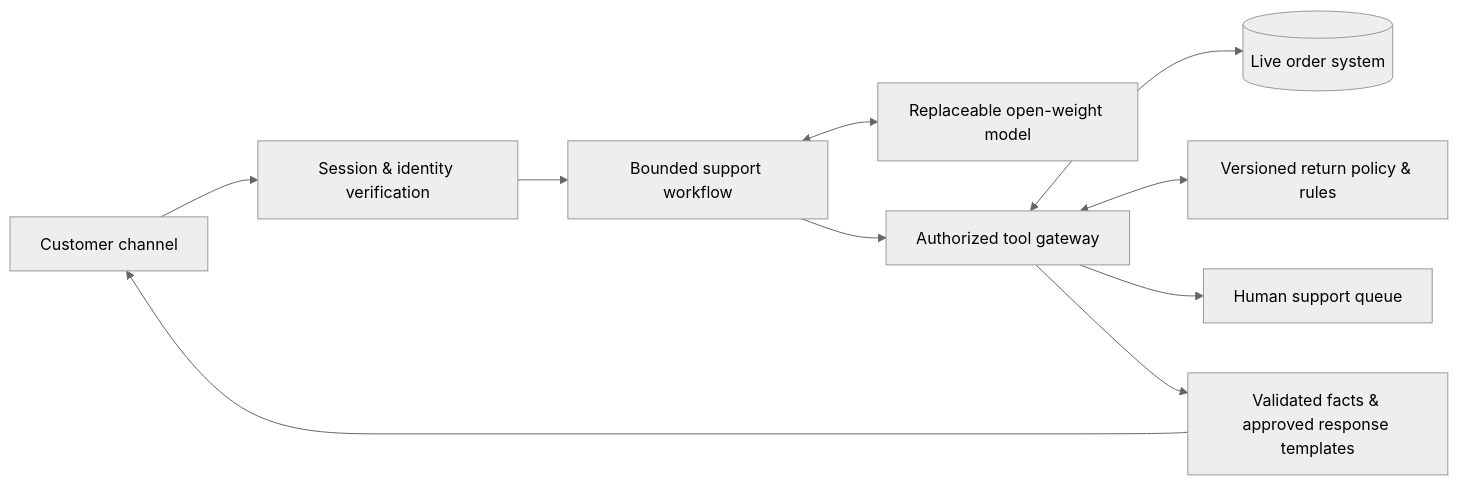
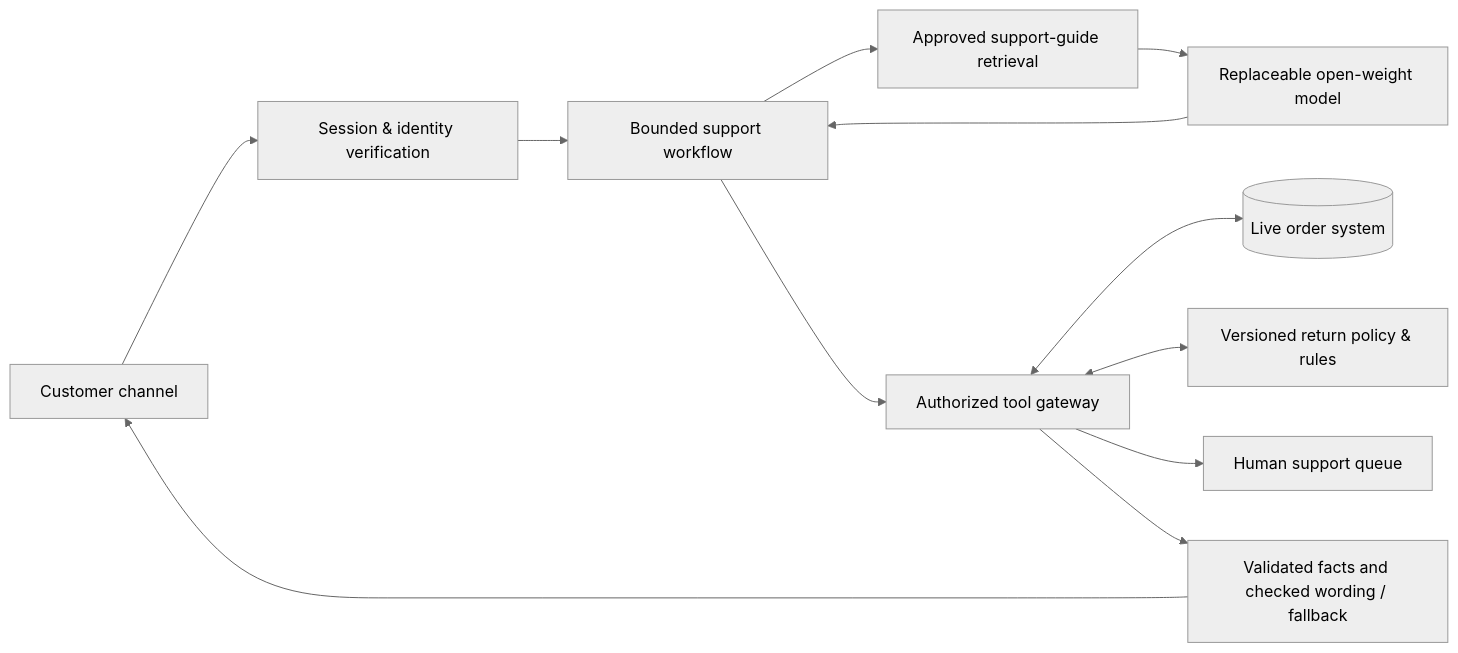
One commit to presish1/aim-retail-support changed the diagram in README.md. Above: the diagram before and after it, drawn with Mermaid (neutral theme). The commit also changed other lines of this file and 38 other files, not shown here.

Commit message:
Add contextual support with approved-guide RAG and grounded replies

````diff
--- a/README.md
+++ b/README.md
@@ -90,12 +99,14 @@
 ```mermaid
 flowchart LR
     C[Customer channel] --> S[Session & identity verification]
     S --> W[Bounded support workflow]
-    W <--> M[Replaceable open-weight model]
+    W --> K[Approved support-guide retrieval]
+    K --> M[Replaceable open-weight model]
+    M --> W
     W --> T[Authorized tool gateway]
     T <--> O[(Live order system)]
     T <--> P[Versioned return policy & rules]
     T --> H[Human support queue]
-    T --> F[Validated facts & approved response templates]
+    T --> F[Validated facts and checked wording / fallback]
     F --> C
 ```
````
